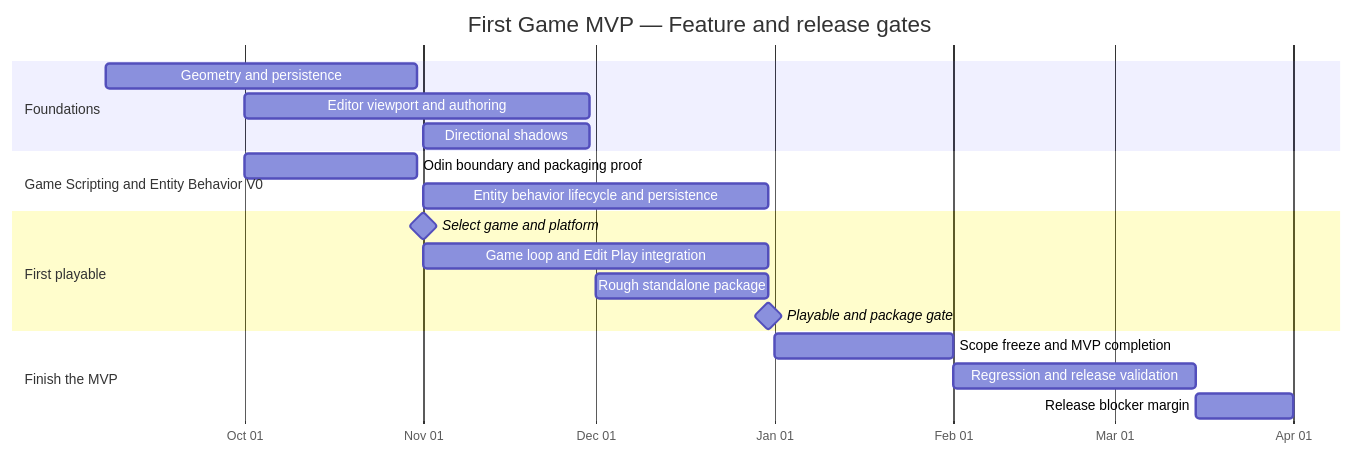
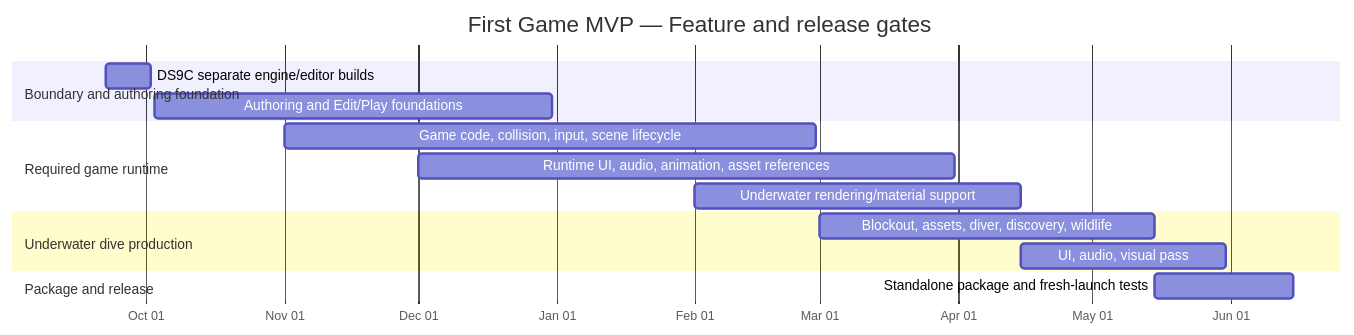
One commit to ryanbourdais/Bour-Engine changed the diagram in notes/first-game-mvp-schedule.md. Above: the diagram before and after it, drawn with Mermaid. The commit also changed other lines of this file and 12 other files, not shown here.

Commit message:
feat: establish engine-editor runtime boundary

````diff
--- a/notes/first-game-mvp-schedule.md
+++ b/notes/first-game-mvp-schedule.md
@@ -13,22 +13,18 @@
 ```mermaid
 gantt
     title First Game MVP — Feature and release gates
     dateFormat YYYY-MM-DD
     axisFormat %b %d
-    section Foundations
-    Geometry and persistence                 :geometry, 2026-09-07, 2026-10-31
-    Editor viewport and authoring             :editor, 2026-10-01, 2026-11-30
-    Directional shadows                       :shadows, 2026-11-01, 2026-11-30
-    section Game Scripting and Entity Behavior V0
-    Odin boundary and packaging proof         :proof, 2026-10-01, 2026-10-31
-    Entity behavior lifecycle and persistence :behavior, 2026-11-01, 2026-12-31
-    section First playable
-    Select game and platform                  :milestone, 2026-11-01, 0d
-    Game loop and Edit Play integration       :game, 2026-11-01, 2026-12-31
-    Rough standalone package                 :earlypackage, 2026-12-01, 2026-12-31
-    Playable and package gate                 :milestone, 2026-12-31, 0d
-    section Finish the MVP
-    Scope freeze and MVP completion           :finish, 2027-01-01, 2027-02-01
-    Regression and release validation         :release, 2027-02-01, 2027-03-15
-    Release blocker margin                   :margin, 2027-03-15, 2027-04-01
+    section Boundary and authoring foundation
+    DS9C separate engine/editor builds        :boundary, 2026-09-22, 2026-10-02
+    Authoring and Edit/Play foundations       :authoring, 2026-10-03, 2026-12-31
+    section Required game runtime
+    Game code, collision, input, scene lifecycle :runtime, 2026-11-01, 2027-02-28
+    Runtime UI, audio, animation, asset references :services, 2026-12-01, 2027-03-31
+    Underwater rendering/material support     :underwater, 2027-02-01, 2027-04-15
+    section Underwater dive production
+    Blockout, assets, diver, discovery, wildlife :dive, 2027-03-01, 2027-05-15
+    UI, audio, visual pass                    :polish, 2027-04-15, 2027-05-31
+    section Package and release
+    Standalone package and fresh-launch tests :package, 2027-05-15, 2027-06-15
 ```
````
